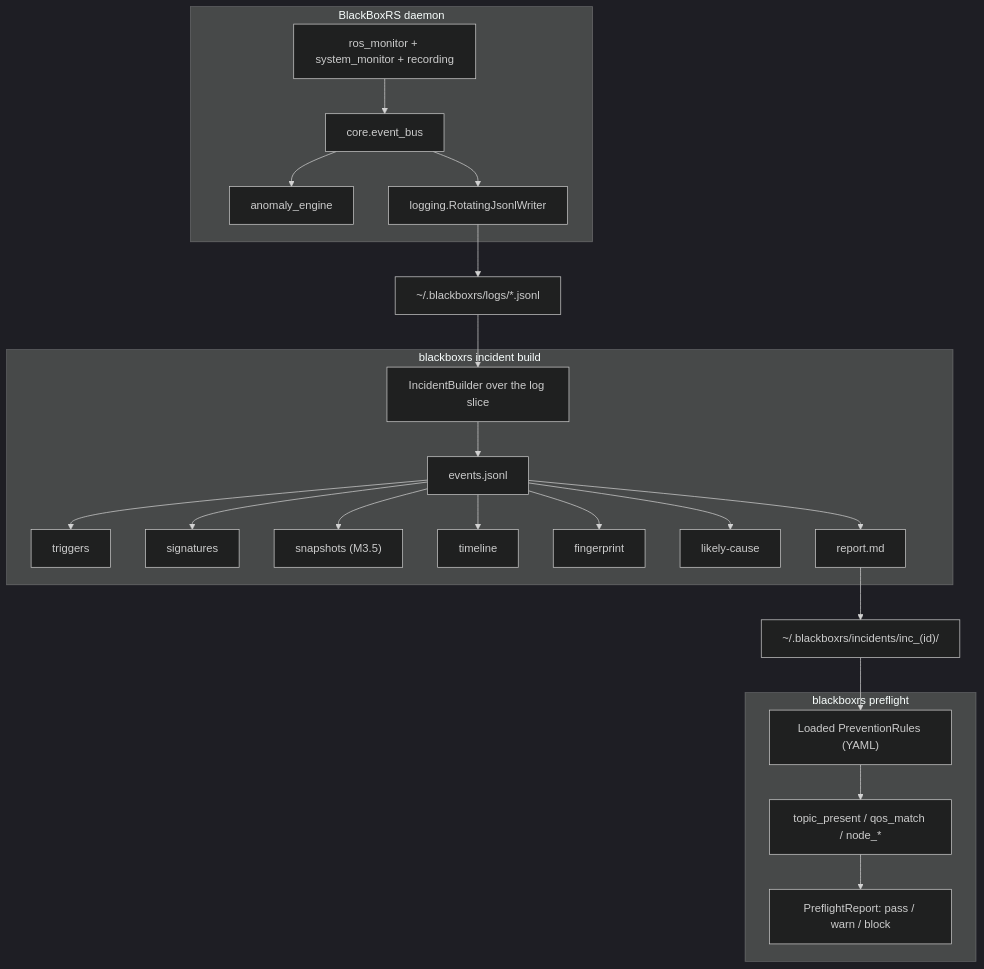
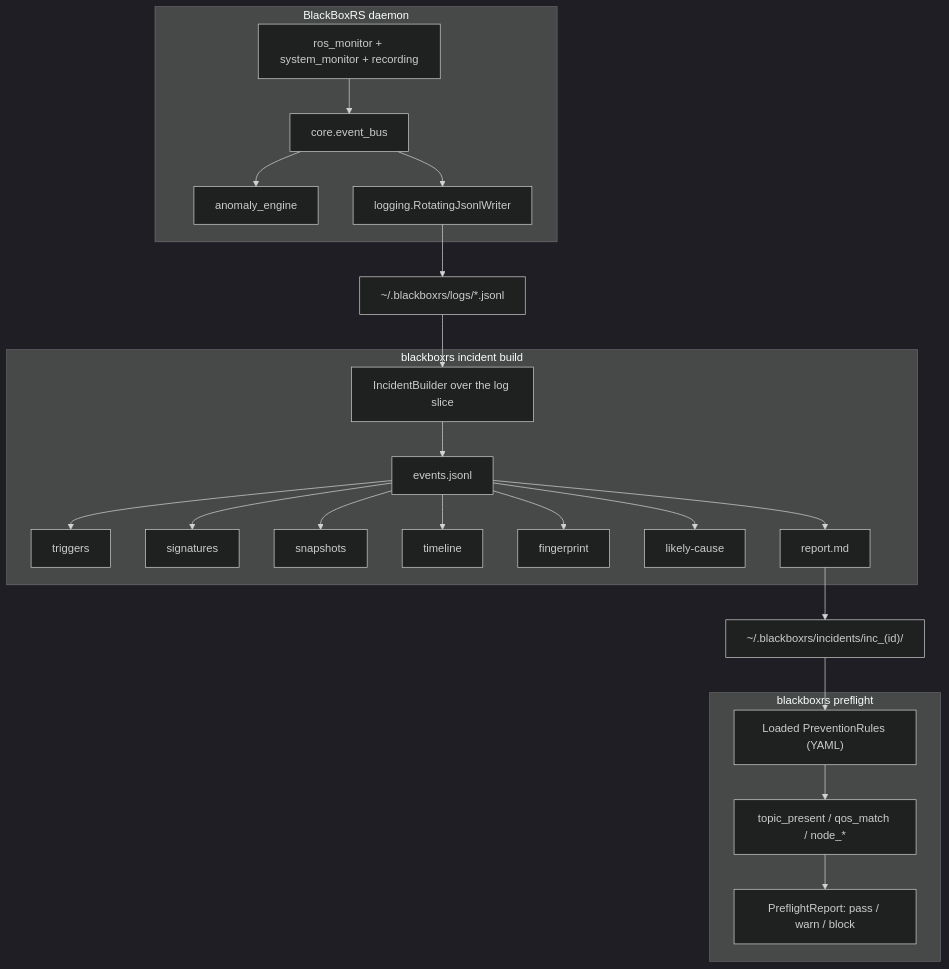
Before and after one commit to yusufdxb/BlackBoxRS: the second of 2 diagrams in README.md, drawn with Mermaid (dark theme). The commit also changed other lines of this file, not shown here.

````diff
--- a/README.md
+++ b/README.md
@@ -385,50 +243,50 @@
 ```mermaid
 graph TD
     subgraph Daemon["BlackBoxRS daemon"]
         Monitors["ros_monitor + system_monitor + recording"]
         EventBus["core.event_bus"]
         Anomaly["anomaly_engine"]
         Writer["logging.RotatingJsonlWriter"]
         Monitors --> EventBus
         EventBus --> Anomaly
         EventBus --> Writer
     end
 
     Logs["~/.blackboxrs/logs/*.jsonl"]
     Writer --> Logs
 
     subgraph Build["blackboxrs incident build"]
         Builder["IncidentBuilder over the log slice"]
         Events["events.jsonl"]
         Triggers["triggers"]
         Signatures["signatures"]
-        Snapshots["snapshots (M3.5)"]
+        Snapshots["snapshots"]
         Timeline["timeline"]
         Fingerprint["fingerprint"]
         Cause["likely-cause"]
         Report["report.md"]
         Builder --> Events
         Events --> Triggers
         Events --> Signatures
         Events --> Snapshots
         Events --> Timeline
         Events --> Fingerprint
         Events --> Cause
         Events --> Report
     end
 
     Logs --> Builder
 
     IncidentDir["~/.blackboxrs/incidents/inc_(id)/"]
     Report --> IncidentDir
 
     subgraph Preflight["blackboxrs preflight"]
         Rules["Loaded PreventionRules (YAML)"]
         Checks["topic_present / qos_match / node_*"]
         PReport["PreflightReport: pass / warn / block"]
         Rules --> Checks
         Checks --> PReport
     end
 
     IncidentDir --> Rules
 ```
````
